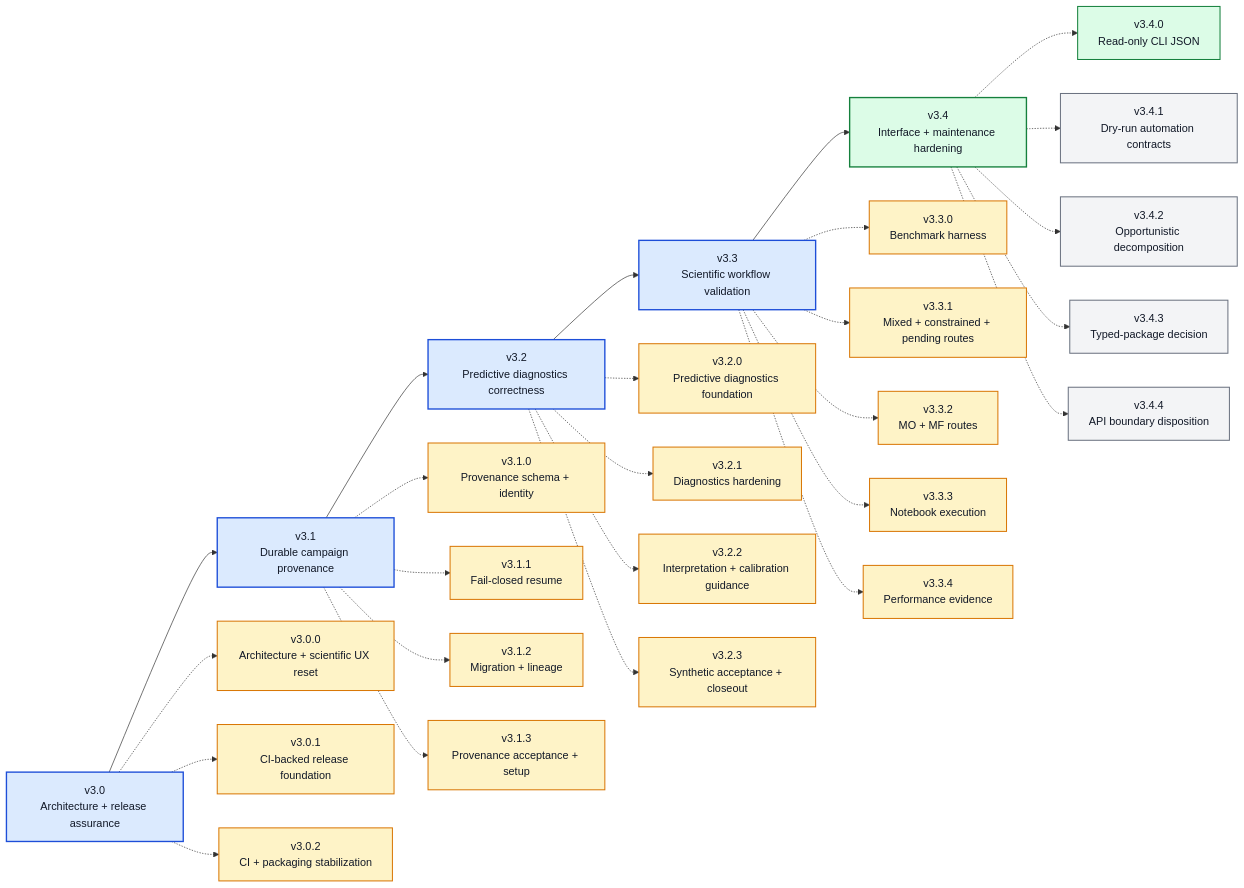
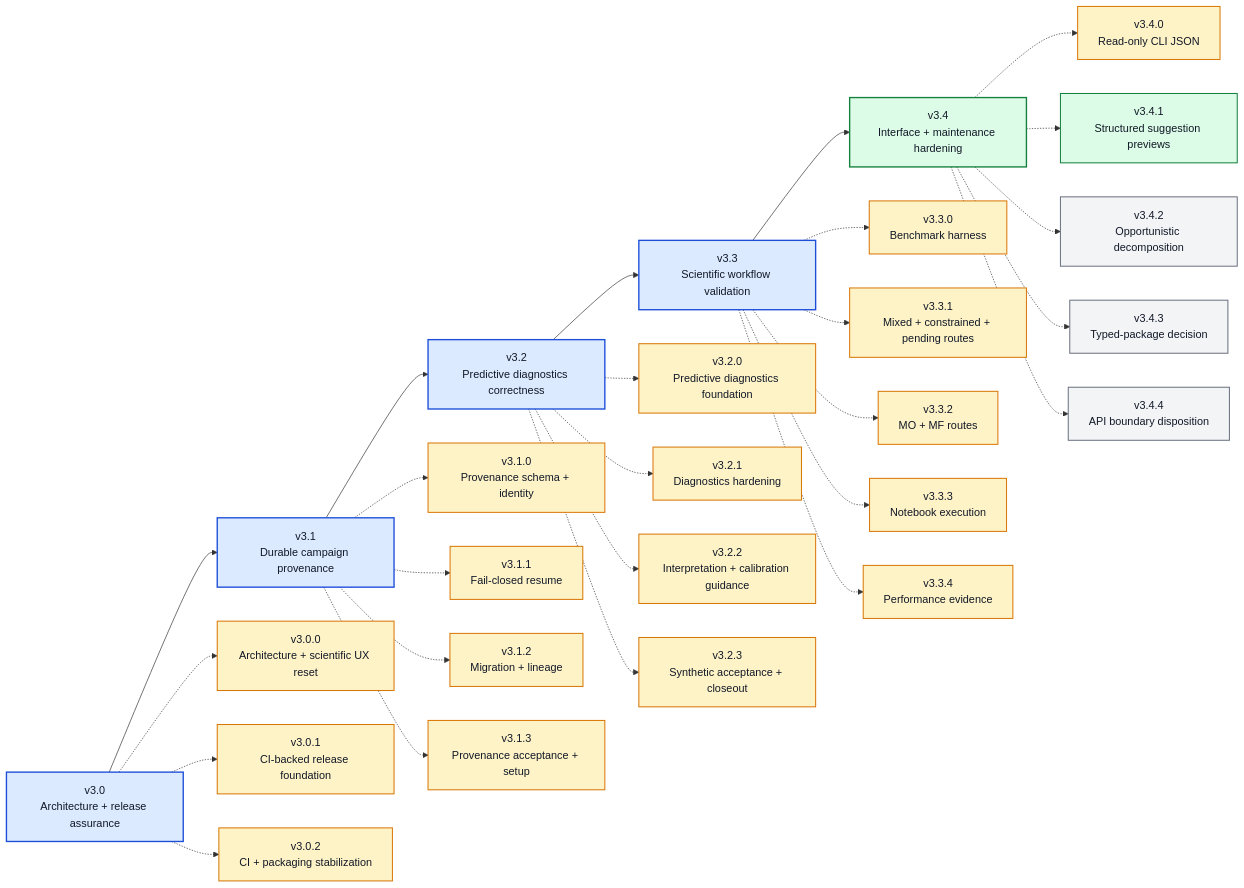
One commit to angzeli/bo-forge changed the diagram in ROADMAP_V3_X.md. Above: the diagram before and after it, drawn with Mermaid. The commit also changed other lines of this file and 33 other files, not shown here.

Commit message:
v3.4.1 update: Add structured suggestion dry-run contracts

````diff
--- a/ROADMAP_V3_X.md
+++ b/ROADMAP_V3_X.md
@@ -34,66 +34,67 @@
 ```mermaid
 flowchart LR
     v30["v3.0<br/>Architecture + release assurance"] --> v31["v3.1<br/>Durable campaign provenance"] --> v32["v3.2<br/>Predictive diagnostics correctness"] --> v33["v3.3<br/>Scientific workflow validation"] --> v34["v3.4<br/>Interface + maintenance hardening"]
 
     v300["v3.0.0<br/>Architecture + scientific UX reset"]
     v301["v3.0.1<br/>CI-backed release foundation"]
     v302["v3.0.2<br/>CI + packaging stabilization"]
     v310["v3.1.0<br/>Provenance schema + identity"]
     v311["v3.1.1<br/>Fail-closed resume"]
     v312["v3.1.2<br/>Migration + lineage"]
     v313["v3.1.3<br/>Provenance acceptance + setup"]
     v320["v3.2.0<br/>Predictive diagnostics foundation"]
     v321["v3.2.1<br/>Diagnostics hardening"]
     v322["v3.2.2<br/>Interpretation + calibration guidance"]
     v323["v3.2.3<br/>Synthetic acceptance + closeout"]
     v330["v3.3.0<br/>Benchmark harness"]
     v331["v3.3.1<br/>Mixed + constrained + pending routes"]
     v332["v3.3.2<br/>MO + MF routes"]
     v333["v3.3.3<br/>Notebook execution"]
     v334["v3.3.4<br/>Performance evidence"]
     v340["v3.4.0<br/>Read-only CLI JSON"]
-    v341["v3.4.1<br/>Dry-run automation contracts"]
+    v341["v3.4.1<br/>Structured suggestion previews"]
     v342["v3.4.2<br/>Opportunistic decomposition"]
     v343["v3.4.3<br/>Typed-package decision"]
     v344["v3.4.4<br/>API boundary disposition"]
 
     v30 -.-> v300
     v30 -.-> v301
     v30 -.-> v302
     v31 -.-> v310
     v31 -.-> v311
     v31 -.-> v312
     v31 -.-> v313
     v32 -.-> v320
     v32 -.-> v321
     v32 -.-> v322
     v32 -.-> v323
     v33 -.-> v330
     v33 -.-> v331
     v33 -.-> v332
     v33 -.-> v333
     v33 -.-> v334
     v34 -.-> v340
     v34 -.-> v341
     v34 -.-> v342
     v34 -.-> v343
     v34 -.-> v344
 
     class v30,v31,v32 majorDone
     class v33 majorDone
     class v34 majorActive
     class v300,v301,v302 patchDone
     class v310,v311,v312,v313 patchDone
     class v320,v321,v322,v323 patchDone
     class v330,v331,v332,v333 patchDone
     class v334 patchDone
-    class v340 patchActive
-    class v341,v342,v343,v344 patchFuture
+    class v340 patchDone
+    class v341 patchActive
+    class v342,v343,v344 patchFuture
 
     classDef majorDone fill:#dbeafe,stroke:#1d4ed8,stroke-width:2px,color:#111827;
     classDef majorActive fill:#dcfce7,stroke:#15803d,stroke-width:2px,color:#111827;
     classDef majorFuture fill:#f3f4f6,stroke:#6b7280,stroke-width:2px,color:#111827;
     classDef patchDone fill:#fef3c7,stroke:#d97706,stroke-width:1.5px,color:#111827;
     classDef patchActive fill:#dcfce7,stroke:#15803d,stroke-width:1.5px,color:#111827;
     classDef patchFuture fill:#f3f4f6,stroke:#6b7280,stroke-width:1.5px,color:#111827;
 ```
````
